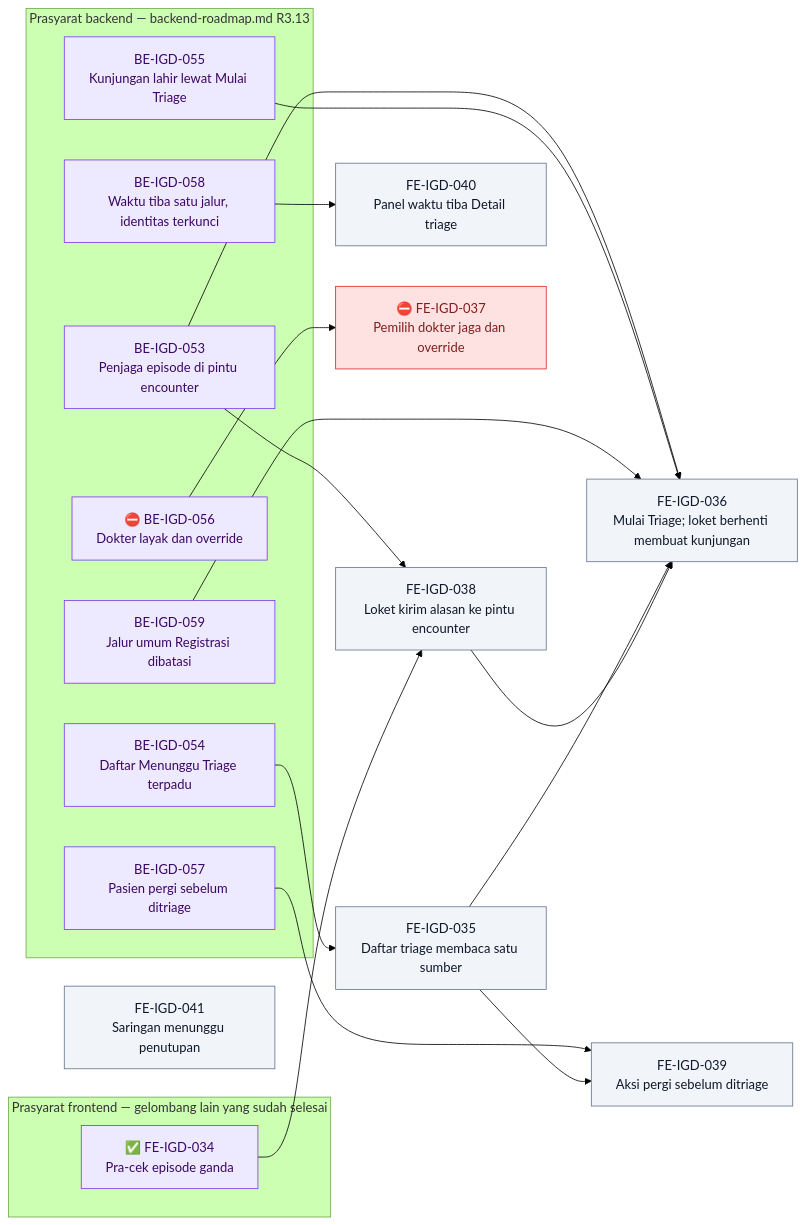
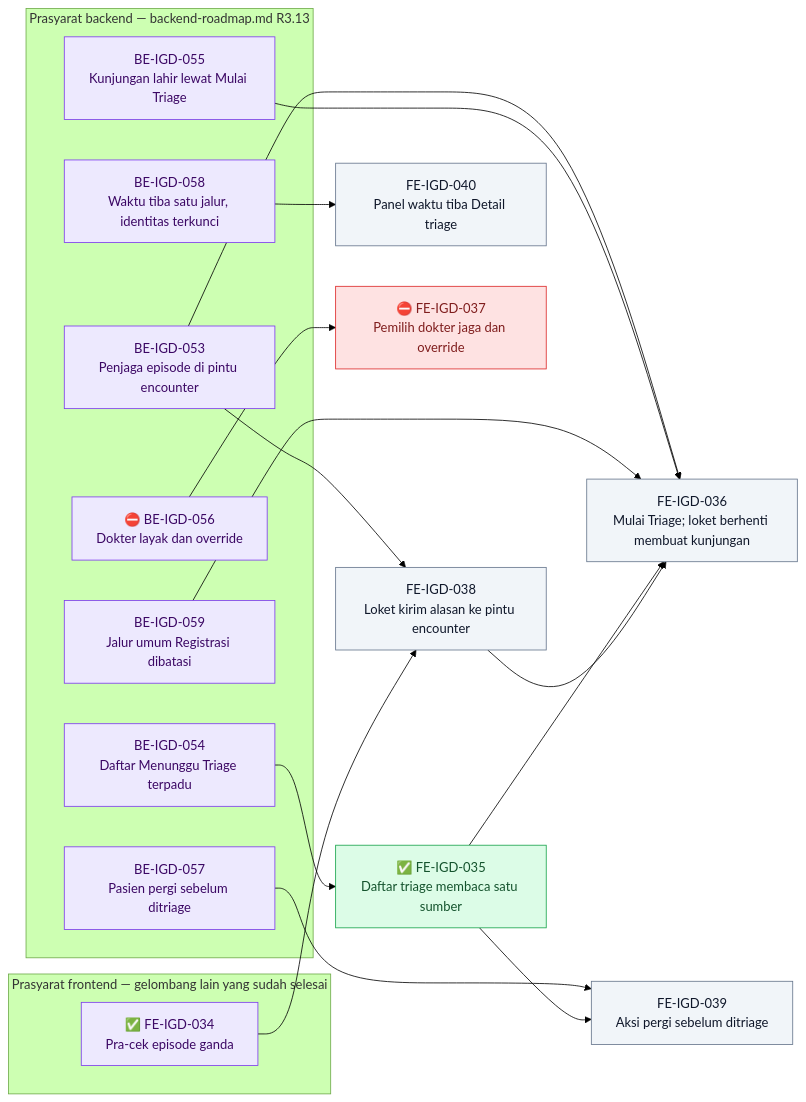
Before and after one commit to DevBenari/NewQuilvianSystemBackend: diagram 11 of 12 in docs/module-blueprints/igd/roadmap/frontend-roadmap.md, drawn with Mermaid (forest theme). The commit also changed other lines of this file and 23 other files, not shown here.

````diff
--- a/docs/module-blueprints/igd/roadmap/frontend-roadmap.md
+++ b/docs/module-blueprints/igd/roadmap/frontend-roadmap.md
@@ -1257,43 +1264,42 @@
 ```mermaid
 flowchart LR
     classDef selesai fill:#DCFCE7,stroke:#16A34A,color:#14532D
     classDef sebagian fill:#FEF9C3,stroke:#CA8A04,color:#713F12
     classDef terblokir fill:#FEE2E2,stroke:#DC2626,color:#7F1D1D
     classDef belum fill:#F1F5F9,stroke:#64748B,color:#0F172A
     classDef luar fill:#EDE9FE,stroke:#7C3AED,color:#3B0764
 
     subgraph backend["Prasyarat backend — backend-roadmap.md R3.13"]
         BEIGD053["BE-IGD-053<br/>Penjaga episode di pintu encounter"]:::luar
         BEIGD054["BE-IGD-054<br/>Daftar Menunggu Triage terpadu"]:::luar
         BEIGD055["BE-IGD-055<br/>Kunjungan lahir lewat Mulai Triage"]:::luar
         BEIGD056["⛔ BE-IGD-056<br/>Dokter layak dan override"]:::luar
         BEIGD057["BE-IGD-057<br/>Pasien pergi sebelum ditriage"]:::luar
         BEIGD058["BE-IGD-058<br/>Waktu tiba satu jalur, identitas terkunci"]:::luar
         BEIGD059["BE-IGD-059<br/>Jalur umum Registrasi dibatasi"]:::luar
     end
 
     subgraph frontendlain["Prasyarat frontend — gelombang lain yang sudah selesai"]
         FEIGD034["✅ FE-IGD-034<br/>Pra-cek episode ganda"]:::luar
     end
 
-    FEIGD035["FE-IGD-035<br/>Daftar triage membaca satu sumber"]:::belum
+    FEIGD035["✅ FE-IGD-035<br/>Daftar triage membaca satu sumber"]:::selesai
     FEIGD038["FE-IGD-038<br/>Loket kirim alasan ke pintu encounter"]:::belum
     FEIGD040["FE-IGD-040<br/>Panel waktu tiba Detail triage"]:::belum
-    FEIGD041["FE-IGD-041<br/>Saringan menunggu penutupan"]:::belum
     FEIGD039["FE-IGD-039<br/>Aksi pergi sebelum ditriage"]:::belum
     FEIGD036["FE-IGD-036<br/>Mulai Triage; loket berhenti membuat kunjungan"]:::belum
     FEIGD037["⛔ FE-IGD-037<br/>Pemilih dokter jaga dan override"]:::terblokir
 
     BEIGD054 --> FEIGD035
     BEIGD053 --> FEIGD038
     FEIGD034 --> FEIGD038
     BEIGD058 --> FEIGD040
     BEIGD057 --> FEIGD039
     FEIGD035 --> FEIGD039
     BEIGD053 --> FEIGD036
     BEIGD055 --> FEIGD036
     BEIGD059 --> FEIGD036
     FEIGD035 --> FEIGD036
     FEIGD038 --> FEIGD036
     BEIGD056 --> FEIGD037
 ```
````
